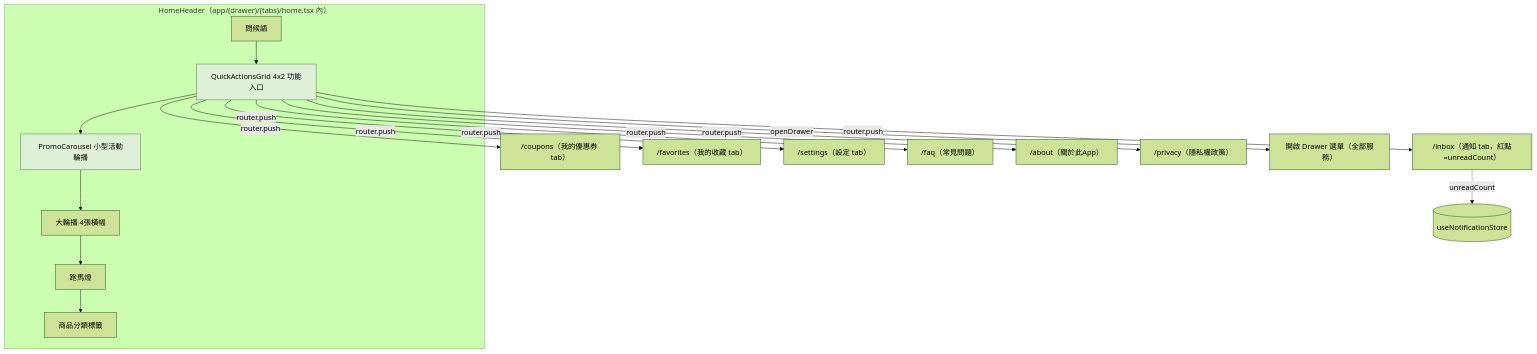
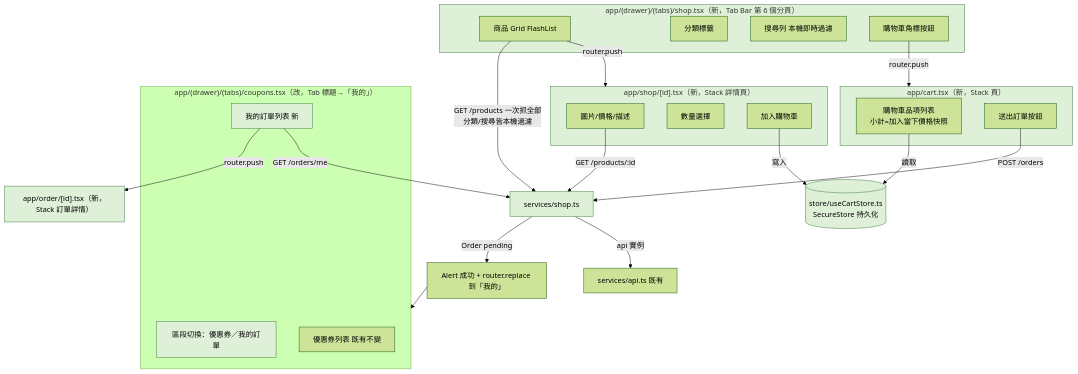
Before and after one commit to stevenchouis/mynotification: the diagram in plan.md, drawn with Mermaid (forest theme). The commit also changed other lines of this file and 12 other files, not shown here.

````diff
--- a/plan.md
+++ b/plan.md
@@ -8,27 +8,51 @@
 ```mermaid
 flowchart TD
-    subgraph HomeHeader["HomeHeader（app/(drawer)/(tabs)/home.tsx 內）"]
-        Greeting[問候語]
-        QuickGrid[QuickActionsGrid 4x2 功能入口]
-        PromoCarousel[PromoCarousel 小型活動輪播]
-        BigCarousel[大輪播 4張橫幅]
-        Marquee[跑馬燈]
-        CategoryTabs[商品分類標籤]
+    subgraph ShopTab["app/(drawer)/(tabs)/shop.tsx（新，Tab Bar 第 6 個分頁）"]
+        Grid[商品 Grid FlashList]
+        CategoryTabs[分類標籤]
+        SearchBar[搜尋列 本機即時過濾]
+        CartPill[購物車角標按鈕]
     end
 
-    Greeting --> QuickGrid --> PromoCarousel --> BigCarousel --> Marquee --> CategoryTabs
+    subgraph Detail["app/shop/[id].tsx（新，Stack 詳情頁）"]
+        ProdInfo[圖片/價格/描述]
+        QtyStepper[數量選擇]
+        AddBtn[加入購物車]
+    end
 
-    QuickGrid -->|router.push| Coupons["/coupons（我的優惠券 tab）"]
-    QuickGrid -->|router.push| Favorites["/favorites（我的收藏 tab）"]
-    QuickGrid -->|router.push| Inbox["/inbox（通知 tab，紅點=unreadCount）"]
-    QuickGrid -->|router.push| Settings["/settings（設定 tab）"]
-    QuickGrid -->|router.push| Faq["/faq（常見問題）"]
-    QuickGrid -->|router.push| About["/about（關於此App）"]
-    QuickGrid -->|router.push| Privacy["/privacy（隱私權政策）"]
-    QuickGrid -->|openDrawer| DrawerMenu["開啟 Drawer 選單（全部服務）"]
+    subgraph CartScreen["app/cart.tsx（新，Stack 頁）"]
+        CartList[購物車品項列表\n小計=加入當下價格快照]
+        Checkout[送出訂單按鈕]
+    end
 
-    Inbox -.unreadCount.-> NotifStore[(useNotificationStore)]
+    subgraph MyTab["app/(drawer)/(tabs)/coupons.tsx（改，Tab 標題→「我的」）"]
+        SectionSwitch[區段切換：優惠券／我的訂單]
+        CouponList[優惠券列表 既有不變]
+        OrderList[我的訂單列表 新]
+    end
 
-    style QuickGrid fill:#dff0d8,stroke:#3c763d
-    style PromoCarousel fill:#dff0d8,stroke:#3c763d
+    OrderDetail["app/order/[id].tsx（新，Stack 訂單詳情）"]
+
+    Grid -->|router.push| Detail
+    AddBtn -->|寫入| CartStore[(store/useCartStore.ts\nSecureStore 持久化)]
+    CartPill -->|router.push| CartScreen
+    CartList -->|讀取| CartStore
+    Checkout -->|POST /orders| ShopAPI[services/shop.ts]
+    ShopAPI -->|Order pending| CheckoutResult[Alert 成功 + router.replace 到「我的」]
+    CheckoutResult --> MyTab
+    OrderList -->|router.push| OrderDetail
+
+    Grid -->|GET /products 一次抓全部\n分類/搜尋皆本機過濾| ShopAPI
+    ProdInfo -->|GET /products/:id| ShopAPI
+    OrderList -->|GET /orders/me| ShopAPI
+    ShopAPI -->|api 實例| ExistingAPI[services/api.ts 既有]
+
+    style ShopTab fill:#dff0d8,stroke:#3c763d
+    style Detail fill:#dff0d8,stroke:#3c763d
+    style CartScreen fill:#dff0d8,stroke:#3c763d
+    style OrderDetail fill:#dff0d8,stroke:#3c763d
+    style ShopAPI fill:#dff0d8,stroke:#3c763d
+    style CartStore fill:#dff0d8,stroke:#3c763d
+    style OrderList fill:#dff0d8,stroke:#3c763d
+    style SectionSwitch fill:#dff0d8,stroke:#3c763d
 ```
````
